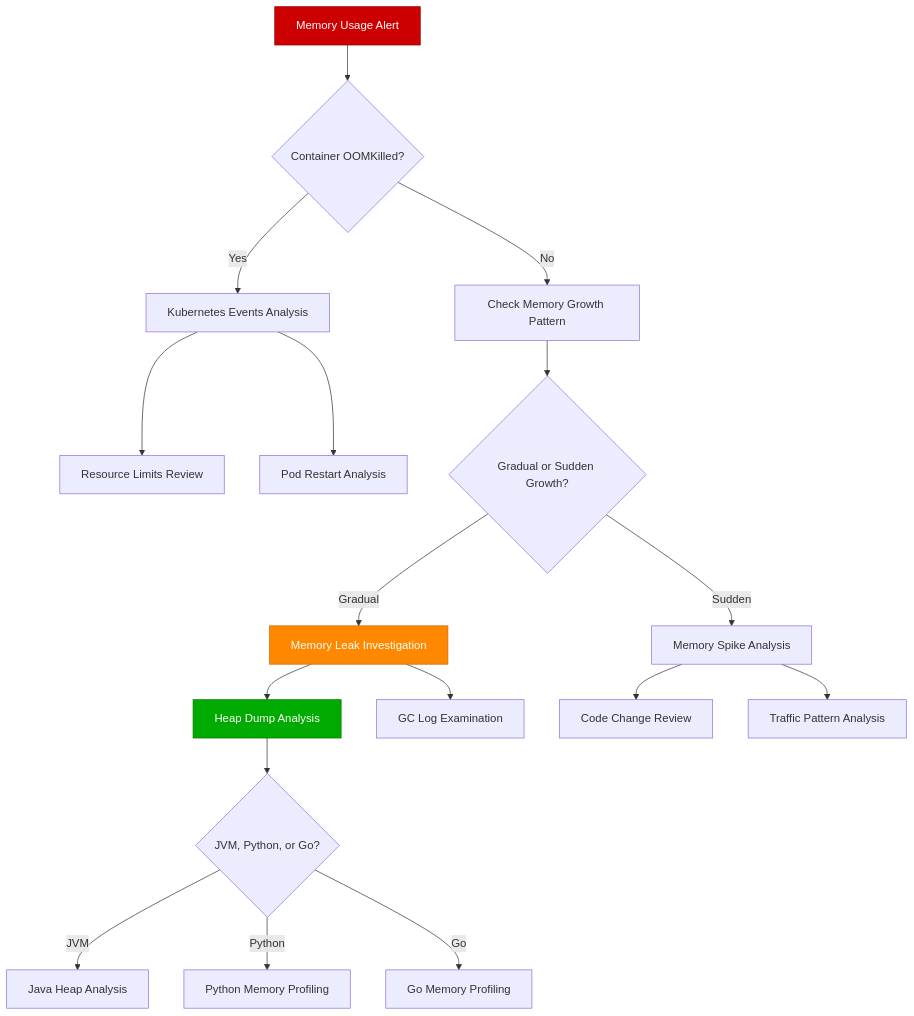
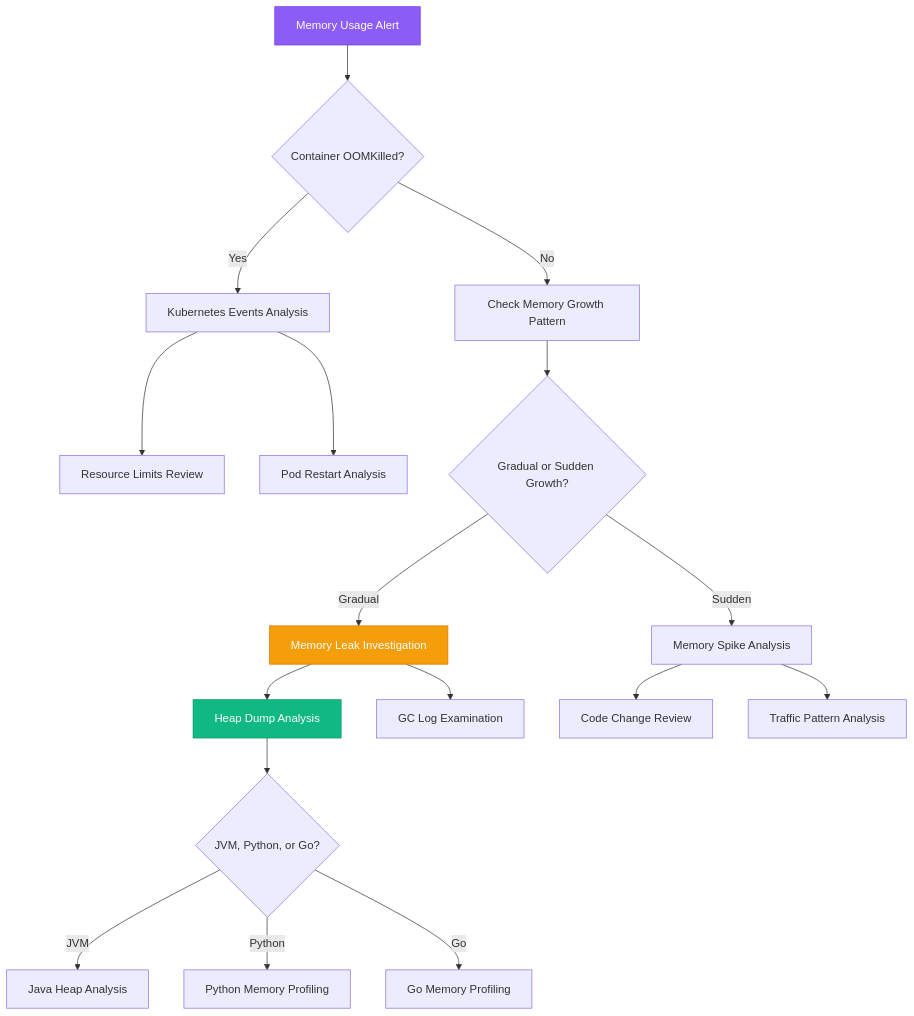
One commit to deepaucksharma/DS changed the diagram in site/docs/debugging/memory-leak-detection.md. Above: the diagram before and after it, drawn with Mermaid. The commit also changed 303 other files, not shown here.

````diff
--- a/site/docs/debugging/memory-leak-detection.md
+++ b/site/docs/debugging/memory-leak-detection.md
@@ -11,28 +11,28 @@
 ```mermaid
 graph TD
     A[Memory Usage Alert] --> B{Container OOMKilled?}
     B -->|Yes| C[Kubernetes Events Analysis]
     B -->|No| D[Check Memory Growth Pattern]
 
     C --> E[Resource Limits Review]
     C --> F[Pod Restart Analysis]
 
     D --> G{Gradual or Sudden Growth?}
     G -->|Gradual| H[Memory Leak Investigation]
     G -->|Sudden| I[Memory Spike Analysis]
 
     H --> J[Heap Dump Analysis]
     H --> K[GC Log Examination]
 
     I --> L[Code Change Review]
     I --> M[Traffic Pattern Analysis]
 
     J --> N{JVM, Python, or Go?}
     N -->|JVM| O[Java Heap Analysis]
     N -->|Python| P[Python Memory Profiling]
     N -->|Go| Q[Go Memory Profiling]
 
-    style A fill:#CC0000,stroke:#990000,color:#fff
-    style H fill:#FF8800,stroke:#CC6600,color:#fff
-    style J fill:#00AA00,stroke:#007700,color:#fff
+    style A fill:#8B5CF6,stroke:#7C3AED,color:#fff
+    style H fill:#F59E0B,stroke:#D97706,color:#fff
+    style J fill:#10B981,stroke:#059669,color:#fff
 ```
````
